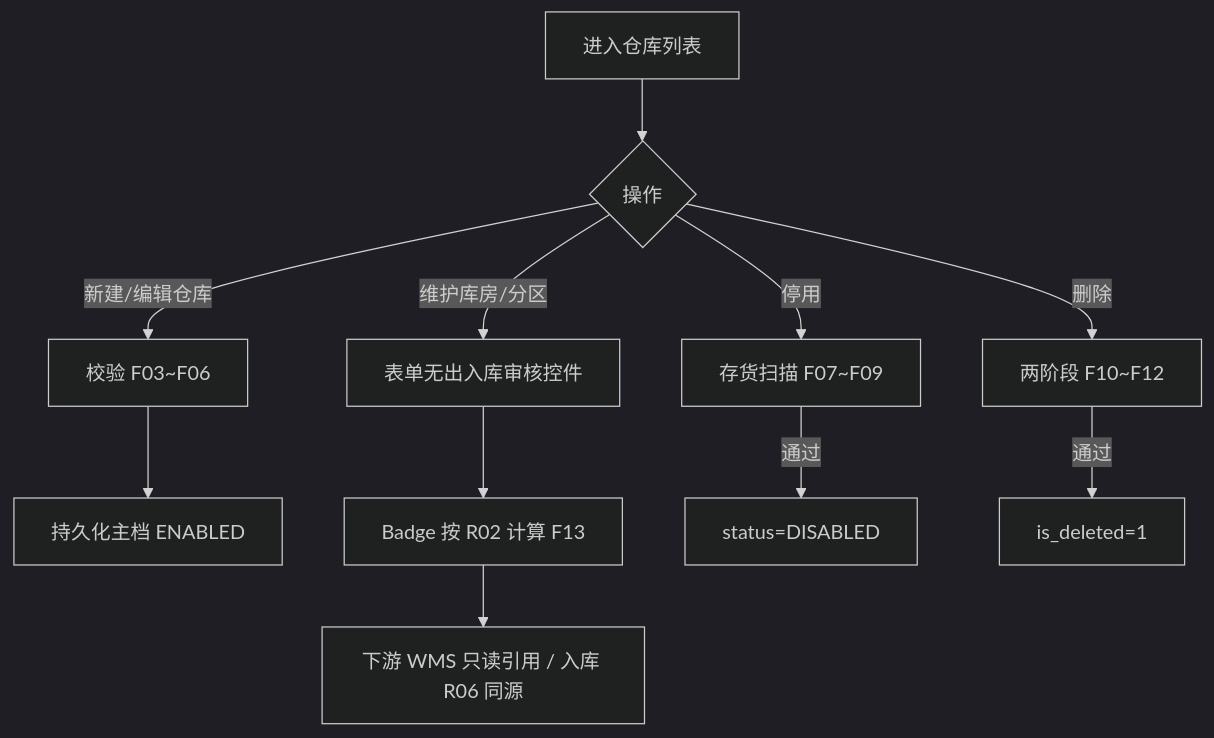
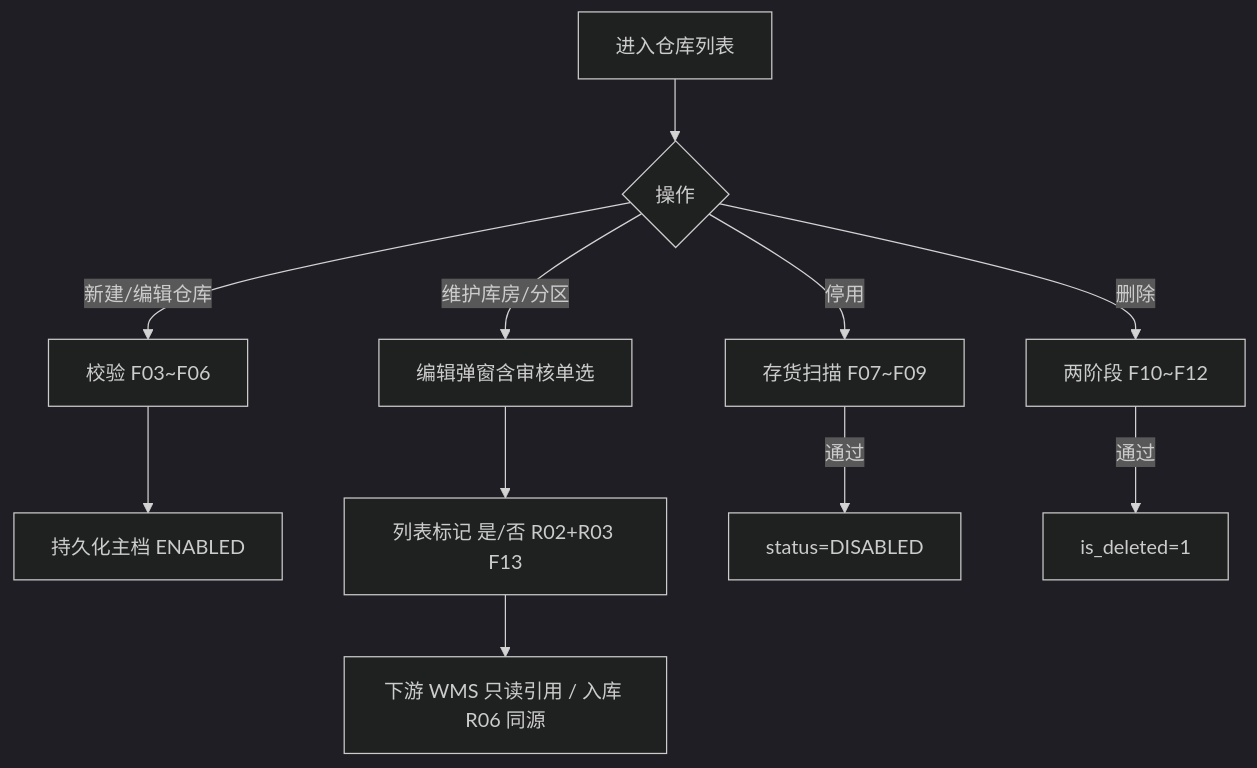
One commit to RobertHuang999/SYZC changed the fifth of 5 diagrams in 02-PRD文档/B-迭代需求/6.3版本（2026.09）/03-仓库管理-仓库管理/仓库管理业务规则规格.md. Above: the diagram before and after it, drawn with Mermaid (dark theme). The commit also changed other lines of this file and 163 other files, not shown here.

````diff
--- a/02-PRD文档/B-迭代需求/6.3版本（2026.09）/03-仓库管理-仓库管理/仓库管理业务规则规格.md
+++ b/02-PRD文档/B-迭代需求/6.3版本（2026.09）/03-仓库管理-仓库管理/仓库管理业务规则规格.md
@@ -313,13 +319,13 @@
 ```mermaid
 flowchart TD
     A[进入仓库列表] --> B{操作}
     B -->|新建/编辑仓库| C[校验 F03~F06]
     C --> D[持久化主档 ENABLED]
-    B -->|维护库房/分区| E[表单无出入库审核控件]
-    E --> F[Badge 按 R02 计算 F13]
+    B -->|维护库房/分区| E[编辑弹窗含审核单选]
+    E --> F[列表标记 是/否 R02+R03 F13]
     B -->|停用| G[存货扫描 F07~F09]
     G -->|通过| H[status=DISABLED]
     B -->|删除| I[两阶段 F10~F12]
     I -->|通过| J[is_deleted=1]
     F --> K[下游 WMS 只读引用 / 入库 R06 同源]
 ```
````
